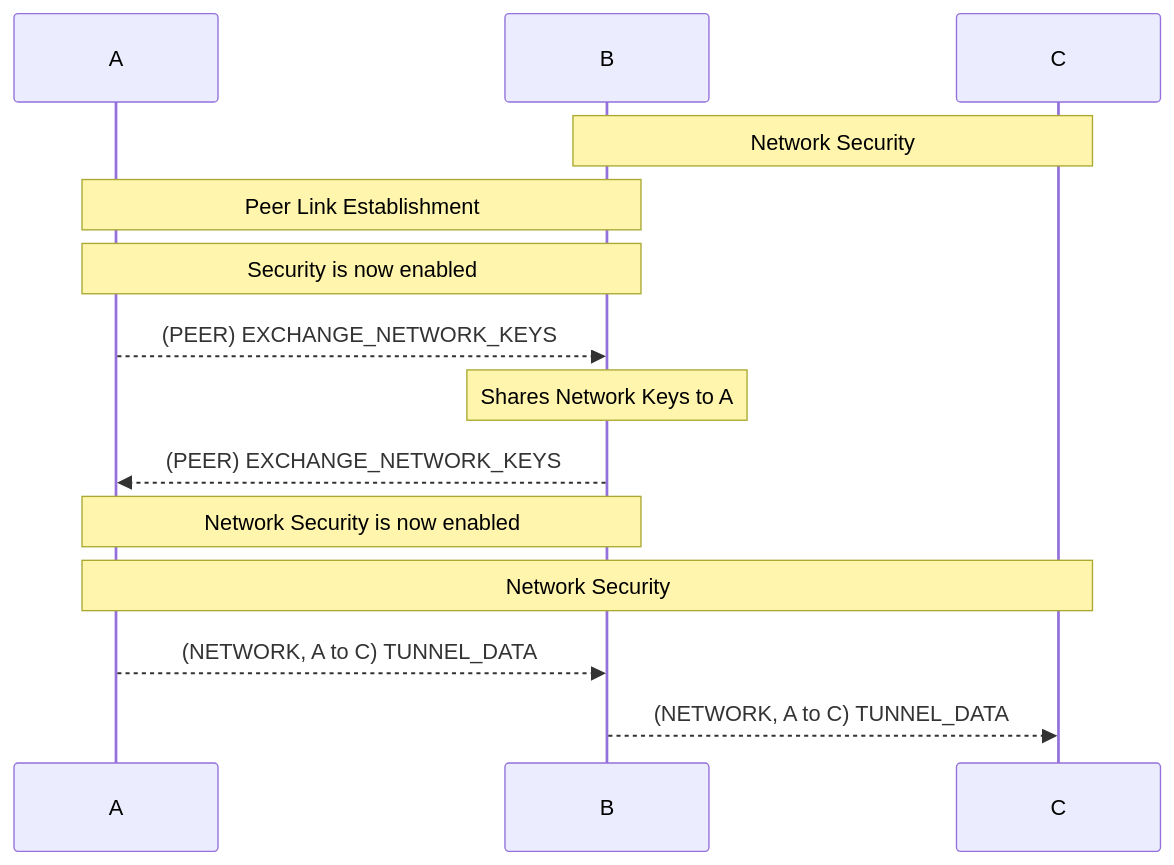
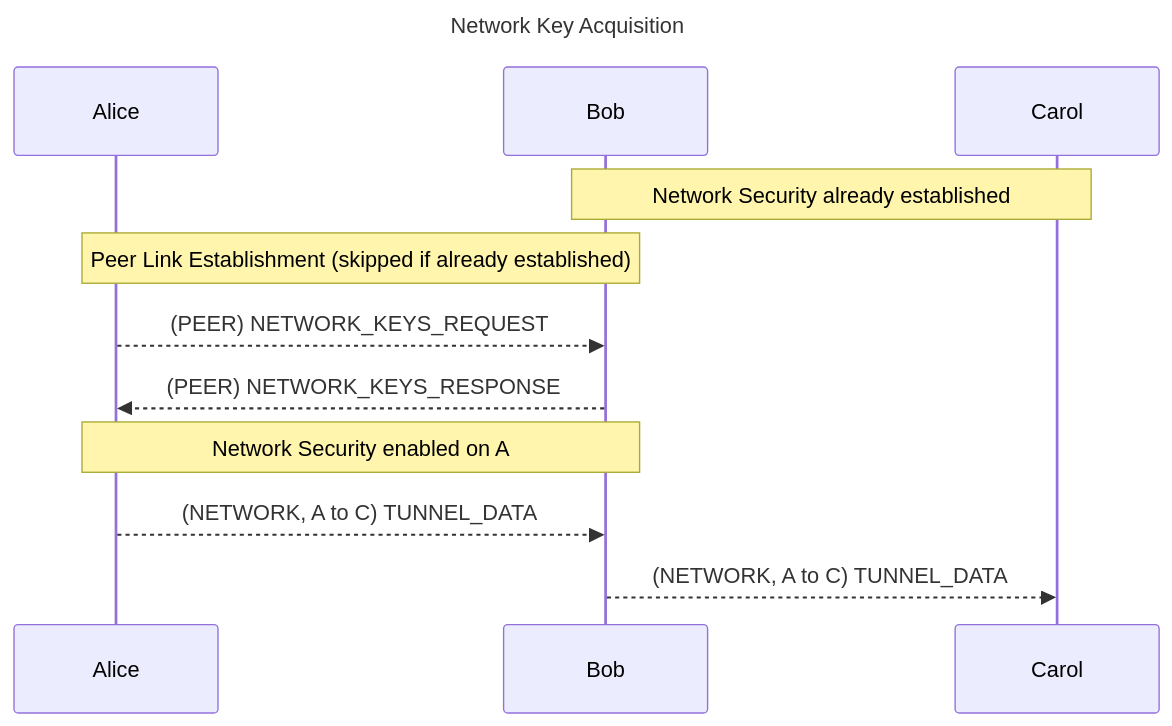
Before and after one commit to therooftopprinz/bfc-tunnel: the third of 6 diagrams in docs/protocol.md, drawn with Mermaid. The commit also changed other lines of this file and 19 other files, not shown here.

First line of the commit message:
Implement network key acquisition with public discovery and peer key exchange.

````diff
--- a/docs/protocol.md
+++ b/docs/protocol.md
@@ -112,17 +133,15 @@
 ```mermaid
 sequenceDiagram
-Participant A
-Participant B
-Participant C
+title Network Key Acquisition
+participant A as Alice
+participant B as Bob
+participant C as Carol
 
-Note Over B,C: Network Security
-Note Over A,B: Peer Link Establishment
-Note Over A,B: Security is now enabled
-A -->> B : (PEER) EXCHANGE_NETWORK_KEYS
-Note Over B: Shares Network Keys to A
-B -->> A : (PEER) EXCHANGE_NETWORK_KEYS
-Note Over A,B: Network Security is now enabled
-Note Over A,C: Network Security
+Note over B,C: Network Security already established
+Note over A,B: Peer Link Establishment (skipped if already established)
+A -->> B : (PEER) NETWORK_KEYS_REQUEST
+B -->> A : (PEER) NETWORK_KEYS_RESPONSE
+Note over A,B: Network Security enabled on A
 A -->> B : (NETWORK, A to C) TUNNEL_DATA
 B -->> C : (NETWORK, A to C) TUNNEL_DATA
 ```
````
